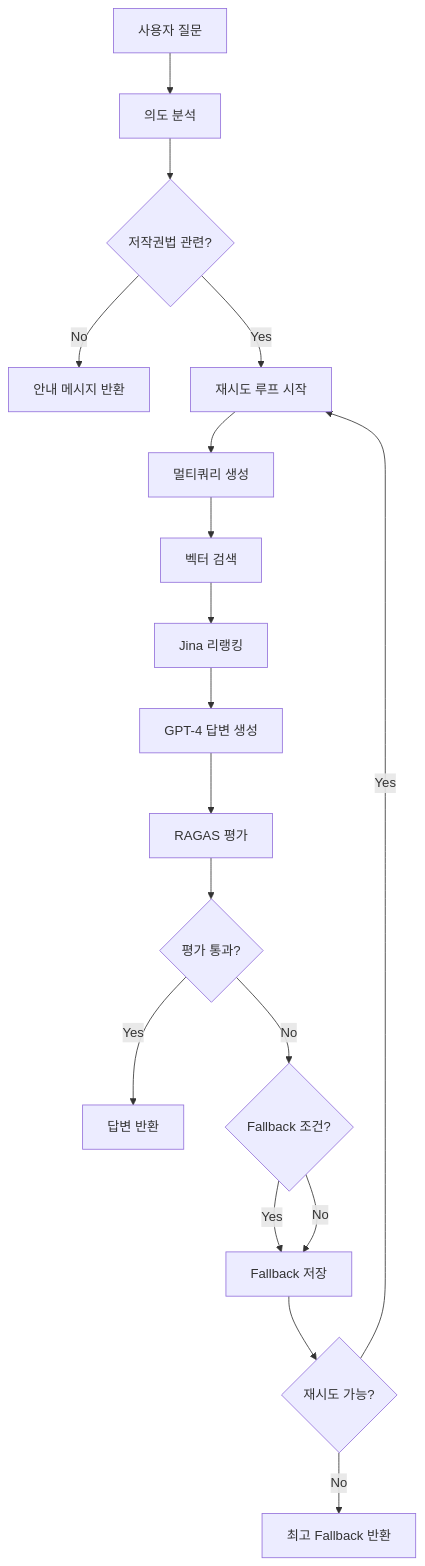
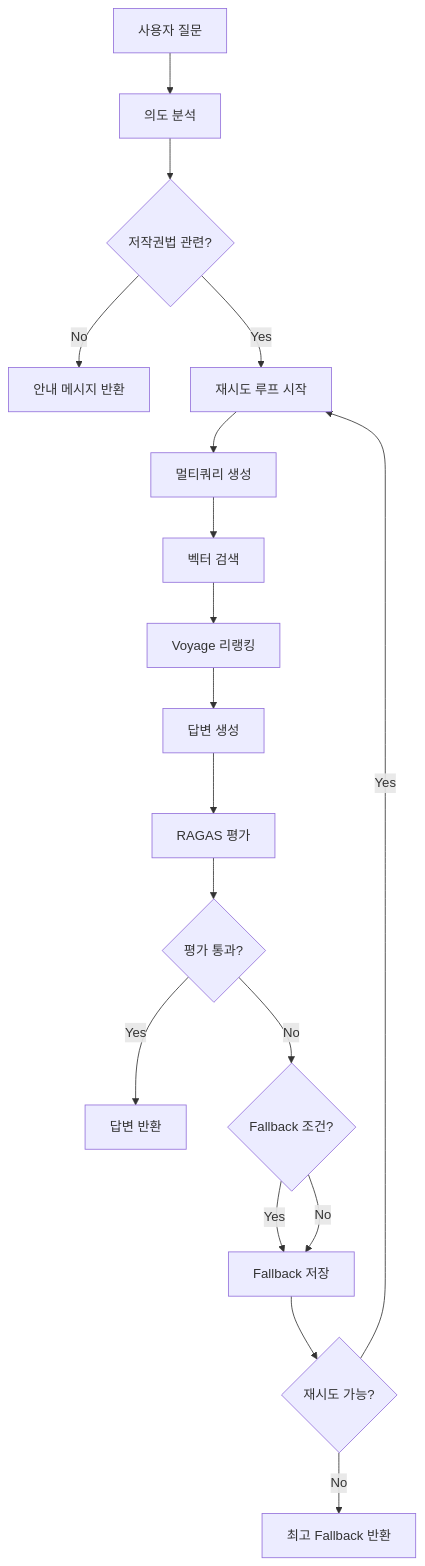
Before and after one commit to sookyung5/SKCnC_Copyright-Legal-Advisor: the diagram in README.md, drawn with Mermaid. The commit also changed other lines of this file and 8 other files, not shown here.

Commit message:
feat: migrate reranker from Jina AI to Voyage AI

````diff
--- a/README.md
+++ b/README.md
@@ -141,22 +141,22 @@
 ```mermaid
 graph TD
     A[사용자 질문] --> B[의도 분석]
     B --> C{저작권법 관련?}
     C -->|No| D[안내 메시지 반환]
     C -->|Yes| E[재시도 루프 시작]
     
     E --> F[멀티쿼리 생성]
     F --> G[벡터 검색]
-    G --> H[Jina 리랭킹]
-    H --> I[GPT-4 답변 생성]
+    G --> H[Voyage 리랭킹]
+    H --> I[답변 생성]
     I --> J[RAGAS 평가]
     
     J --> K{평가 통과?}
     K -->|Yes| L[답변 반환]
     K -->|No| M{Fallback 조건?}
     M -->|Yes| N[Fallback 저장]
     M -->|No| N
     N --> O{재시도 가능?}
     O -->|Yes| E
     O -->|No| P[최고 Fallback 반환]
 ```
````
